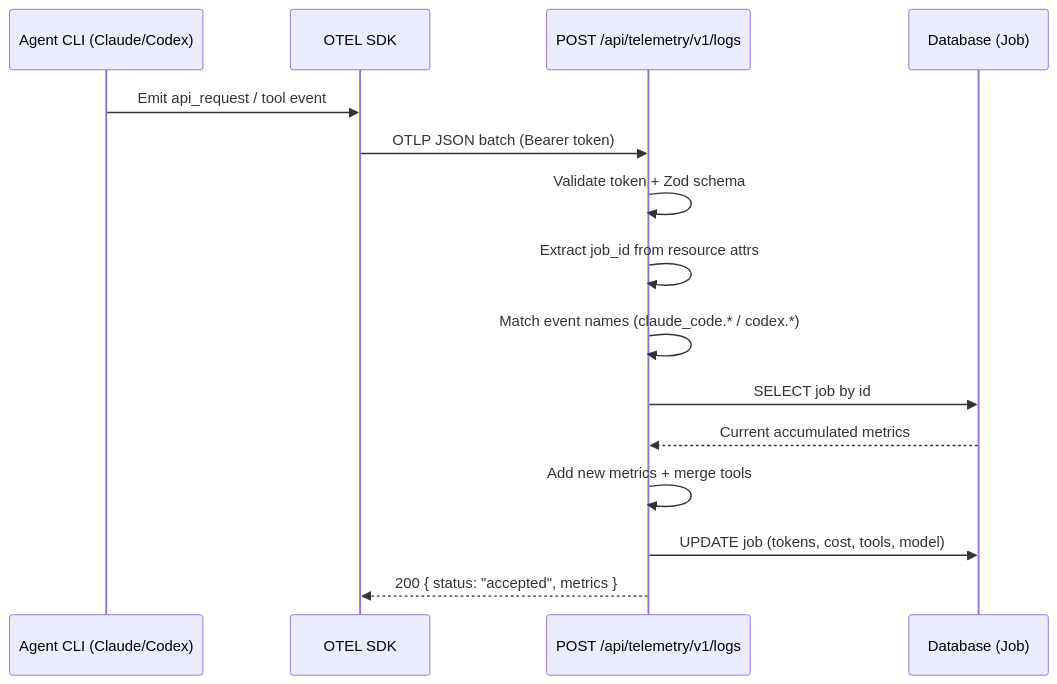
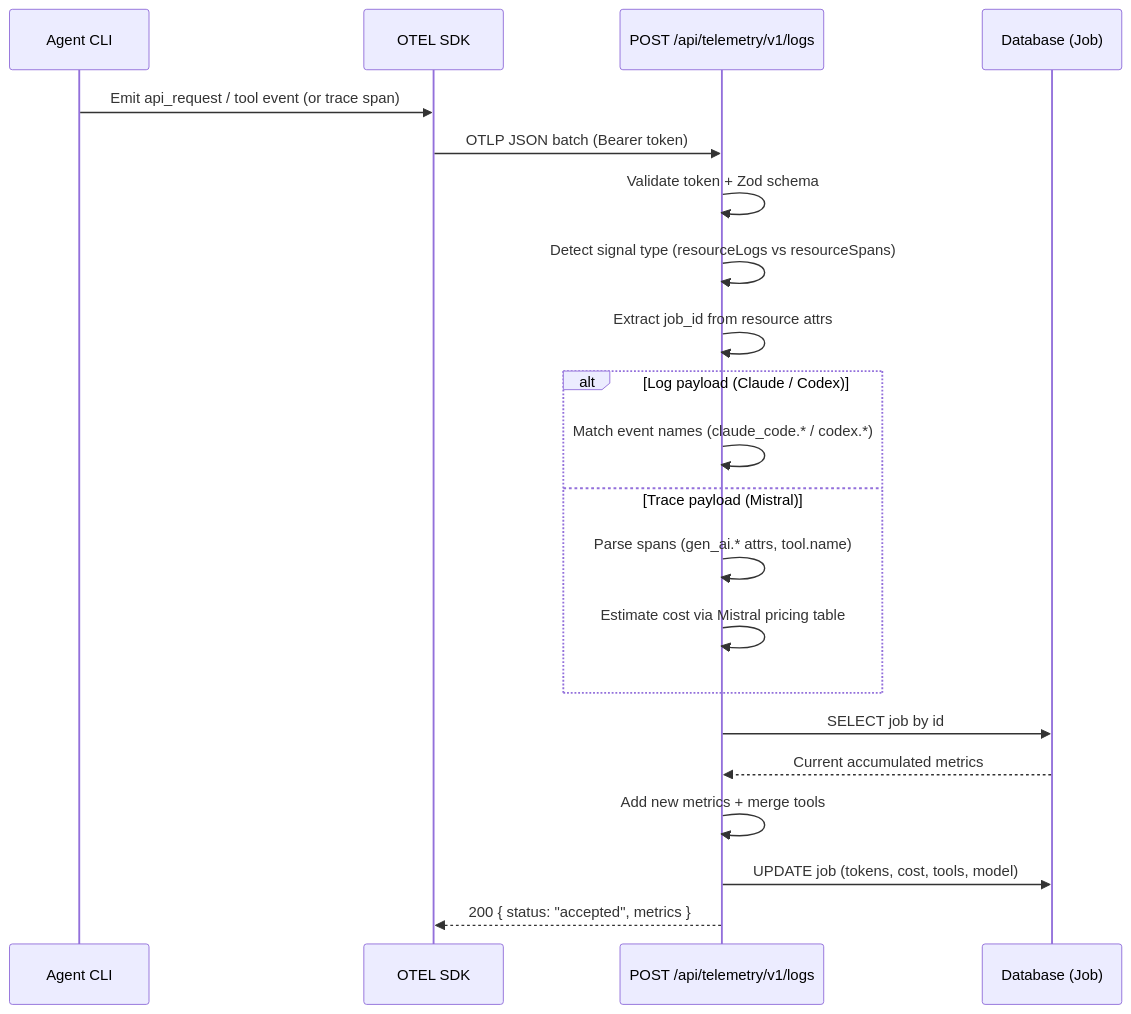
The second of 3 diagrams in specs/specifications/technical/api/endpoints.md (bfernandez31/ai-board), drawn with Mermaid before and after one commit. The commit also changed other lines of this file and 3 other files, not shown here.

````diff
--- a/specs/specifications/technical/api/endpoints.md
+++ b/specs/specifications/technical/api/endpoints.md
@@ -3208,18 +3255,24 @@
 ```mermaid
 sequenceDiagram
-    participant AG as Agent CLI (Claude/Codex)
+    participant AG as Agent CLI
     participant OT as OTEL SDK
     participant EP as POST /api/telemetry/v1/logs
     participant DB as Database (Job)
 
-    AG->>OT: Emit api_request / tool event
+    AG->>OT: Emit api_request / tool event (or trace span)
     OT->>EP: OTLP JSON batch (Bearer token)
     EP->>EP: Validate token + Zod schema
+    EP->>EP: Detect signal type (resourceLogs vs resourceSpans)
     EP->>EP: Extract job_id from resource attrs
-    EP->>EP: Match event names (claude_code.* / codex.*)
+    alt Log payload (Claude / Codex)
+        EP->>EP: Match event names (claude_code.* / codex.*)
+    else Trace payload (Mistral)
+        EP->>EP: Parse spans (gen_ai.* attrs, tool.name)
+        EP->>EP: Estimate cost via Mistral pricing table
+    end
     EP->>DB: SELECT job by id
     DB-->>EP: Current accumulated metrics
     EP->>EP: Add new metrics + merge tools
     EP->>DB: UPDATE job (tokens, cost, tools, model)
     EP-->>OT: 200 { status: "accepted", metrics }
 ```
````
